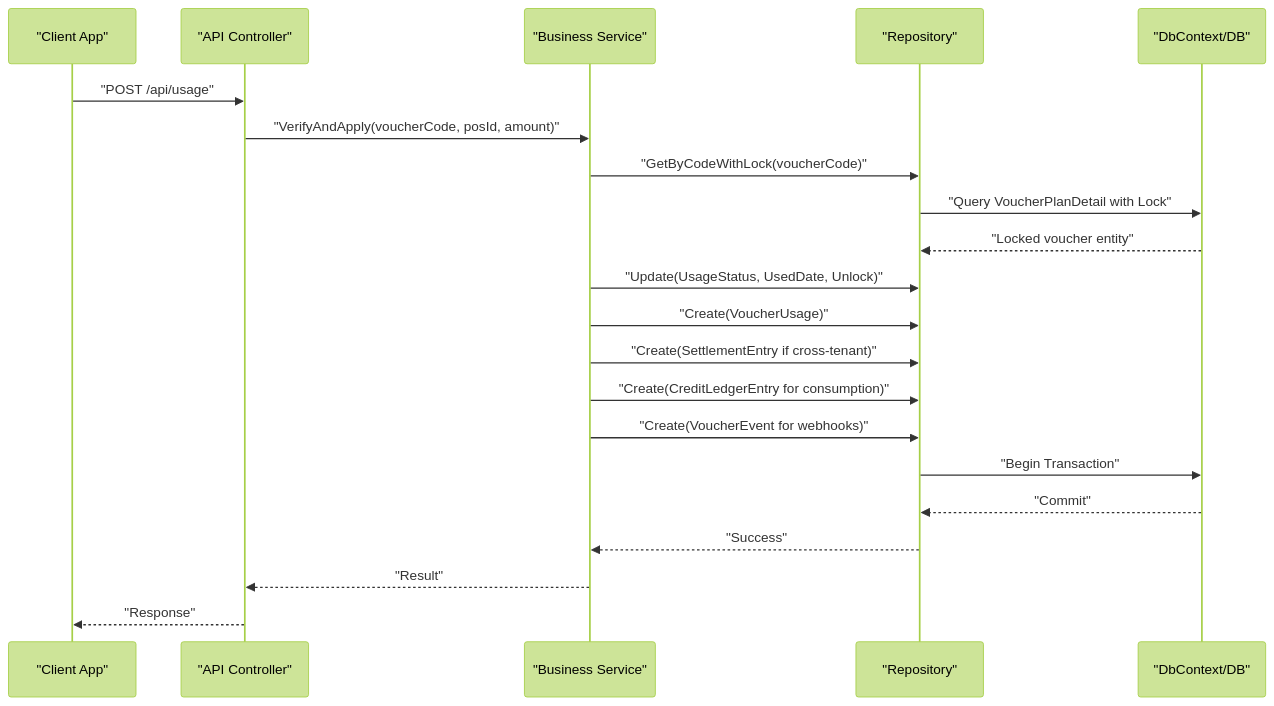
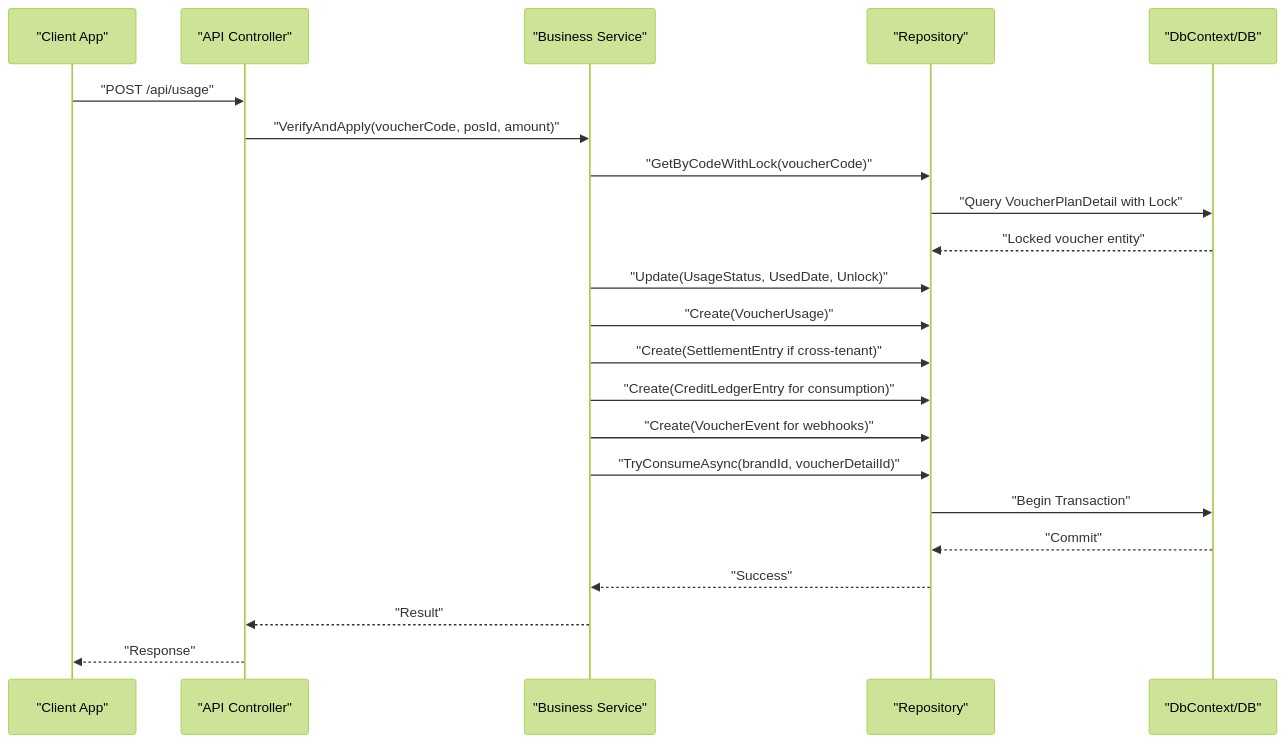
One commit to lamhongbac/NonCash changed the fourth of 5 diagrams in .qoder/repowiki/en/content/Data Models and Database Design/Data Models and Database Design.md. Above: the diagram before and after it, drawn with Mermaid (forest theme). The commit also changed other lines of this file and 29 other files, not shown here.

````diff
--- a/.qoder/repowiki/en/content/Data Models and Database Design/Data Models and Database Design.md
+++ b/.qoder/repowiki/en/content/Data Models and Database Design/Data Models and Database Design.md
@@ -712,23 +949,24 @@
 ```mermaid
 sequenceDiagram
 participant Client as "Client App"
 participant API as "API Controller"
 participant Service as "Business Service"
 participant Repo as "Repository"
 participant DB as "DbContext/DB"
 Client->>API : "POST /api/usage"
 API->>Service : "VerifyAndApply(voucherCode, posId, amount)"
 Service->>Repo : "GetByCodeWithLock(voucherCode)"
 Repo->>DB : "Query VoucherPlanDetail with Lock"
 DB-->>Repo : "Locked voucher entity"
 Service->>Repo : "Update(UsageStatus, UsedDate, Unlock)"
 Service->>Repo : "Create(VoucherUsage)"
 Service->>Repo : "Create(SettlementEntry if cross-tenant)"
 Service->>Repo : "Create(CreditLedgerEntry for consumption)"
 Service->>Repo : "Create(VoucherEvent for webhooks)"
+Service->>Repo : "TryConsumeAsync(brandId, voucherDetailId)"
 Repo->>DB : "Begin Transaction"
 DB-->>Repo : "Commit"
 Repo-->>Service : "Success"
 Service-->>API : "Result"
 API-->>Client : "Response"
 ```
````
